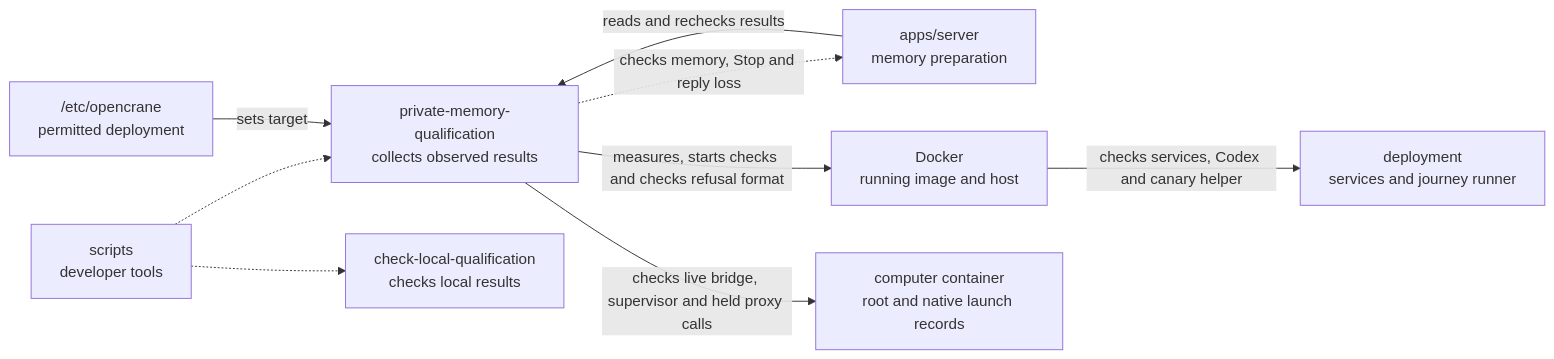
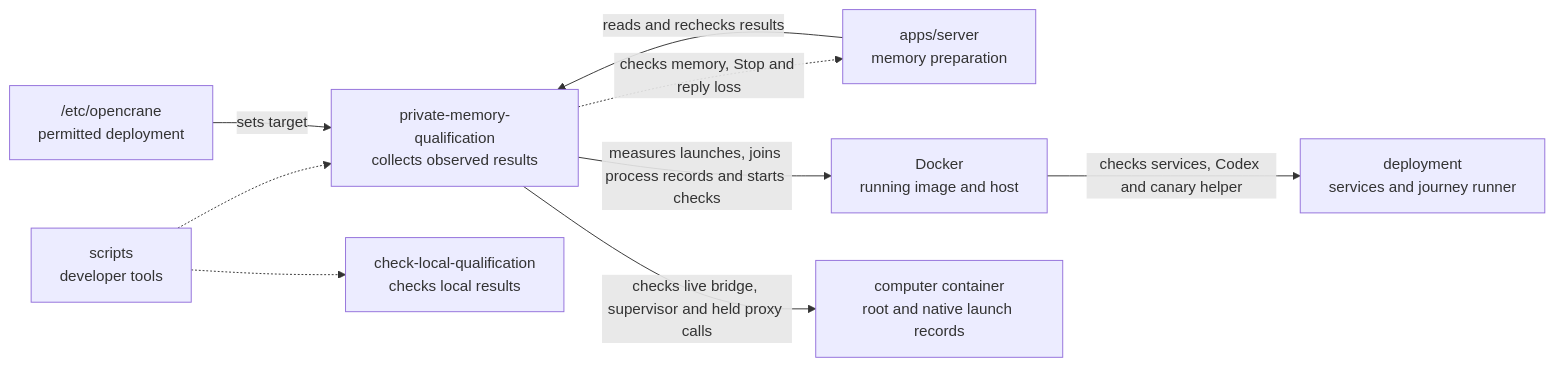
One commit to elewa-git/opencrane-new changed the diagram in scripts/private-memory-qualification/README.md. Above: the diagram before and after it, drawn with Mermaid. The commit also changed other lines of this file and 13 other files, not shown here.

````diff
--- a/scripts/private-memory-qualification/README.md
+++ b/scripts/private-memory-qualification/README.md
@@ -19,11 +19,11 @@
 ```mermaid
 flowchart LR
   scripts["scripts<br/>developer tools"] -.-> collector["private-memory-qualification<br/>collects observed results"]
   scripts -.-> sibling["check-local-qualification<br/>checks local results"]
   server["apps/server<br/>memory preparation"] -->|reads and rechecks results| collector
   collector -.->|checks memory, Stop and reply loss| server
   config["/etc/opencrane<br/>permitted deployment"] -->|sets target| collector
-  collector -->|measures, starts checks and checks refusal format| docker["Docker<br/>running image and host"]
+  collector -->|measures launches, joins process records and starts checks| docker["Docker<br/>running image and host"]
   docker -->|checks services, Codex and canary helper| deployment["deployment<br/>services and journey runner"]
   collector -->|checks live bridge, supervisor and held proxy calls| computer["computer container<br/>root and native launch records"]
 ```
````
